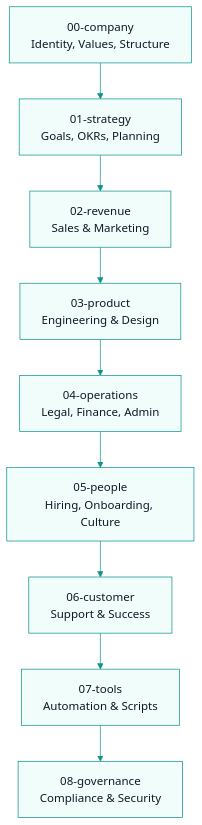
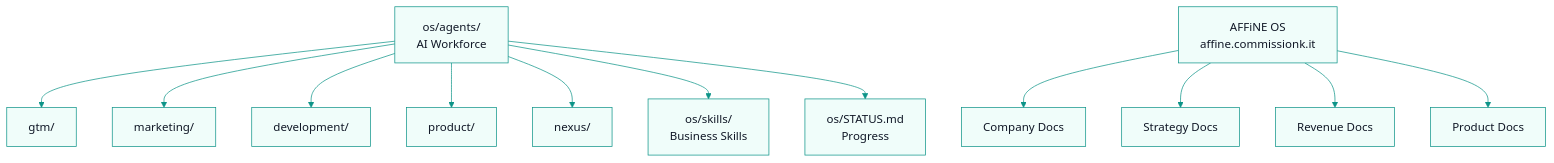
Before and after one commit to kyrazolabs/CommissionKit: the first of 2 diagrams in os/README.md, drawn with Mermaid. The commit also changed other lines of this file and 36 other files, not shown here.

````diff
--- a/os/README.md
+++ b/os/README.md
@@ -34,12 +44,15 @@
 ```mermaid
 %%{init: {'theme': 'base', 'themeVariables': { 'primaryColor': '#F0FDFA', 'primaryTextColor': '#111827', 'primaryBorderColor': '#0D9488', 'lineColor': '#0D9488', 'secondaryColor': '#F3F4F6', 'tertiaryColor': '#FFFFFF' }}}%%
 graph TD
-    C["00-company<br/>Identity, Values, Structure"] --> S["01-strategy<br/>Goals, OKRs, Planning"]
-    S --> R["02-revenue<br/>Sales & Marketing"]
-    R --> P["03-product<br/>Engineering & Design"]
-    P --> O["04-operations<br/>Legal, Finance, Admin"]
-    O --> PE["05-people<br/>Hiring, Onboarding, Culture"]
-    PE --> CU["06-customer<br/>Support & Success"]
-    CU --> T["07-tools<br/>Automation & Scripts"]
-    T --> G["08-governance<br/>Compliance & Security"]
+    AGENTS["os/agents/<br/>AI Workforce"] --> GTM["gtm/"]
+    AGENTS --> MKT["marketing/"]
+    AGENTS --> DEV["development/"]
+    AGENTS --> PROD["product/"]
+    AGENTS --> NEXUS["nexus/"]
+    AGENTS --> SKILLS["os/skills/<br/>Business Skills"]
+    AGENTS --> STATUS["os/STATUS.md<br/>Progress"]
+    AFFINE["AFFiNE OS<br/>affine.commissionk.it"] --> COMPANY["Company Docs"]
+    AFFINE --> STRATEGY["Strategy Docs"]
+    AFFINE --> REVENUE["Revenue Docs"]
+    AFFINE --> PRODUCT["Product Docs"]
 ```
````
